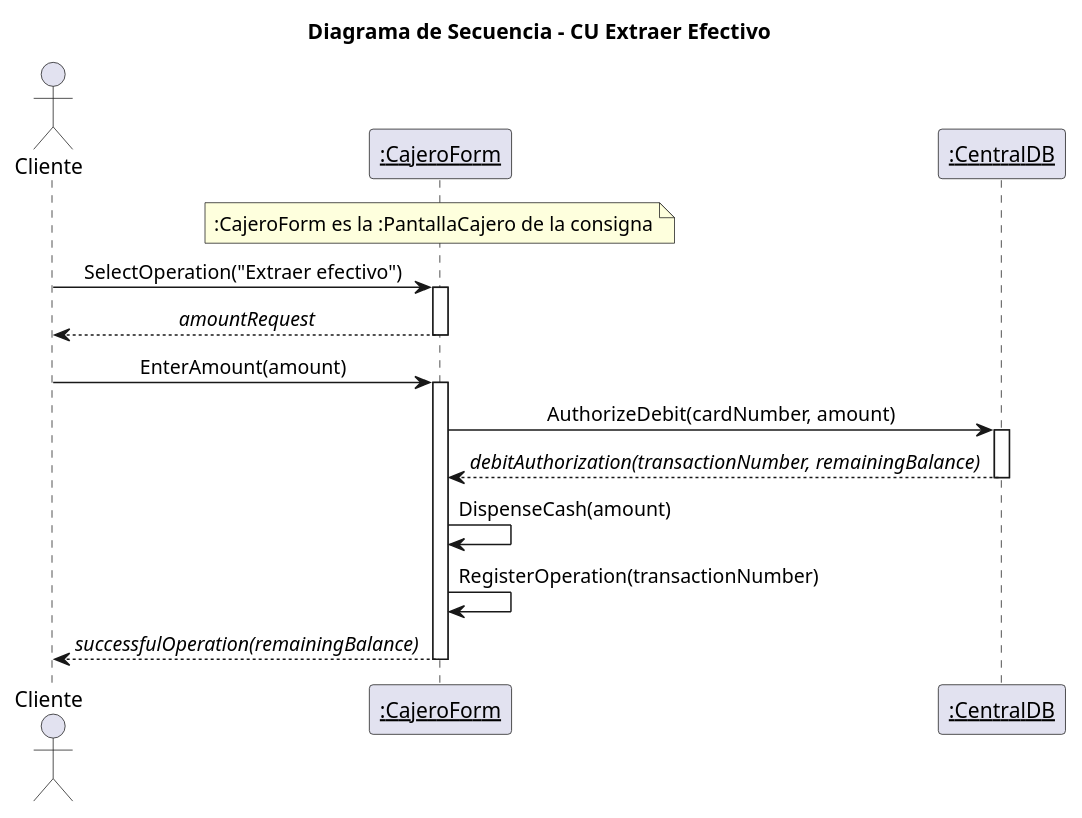
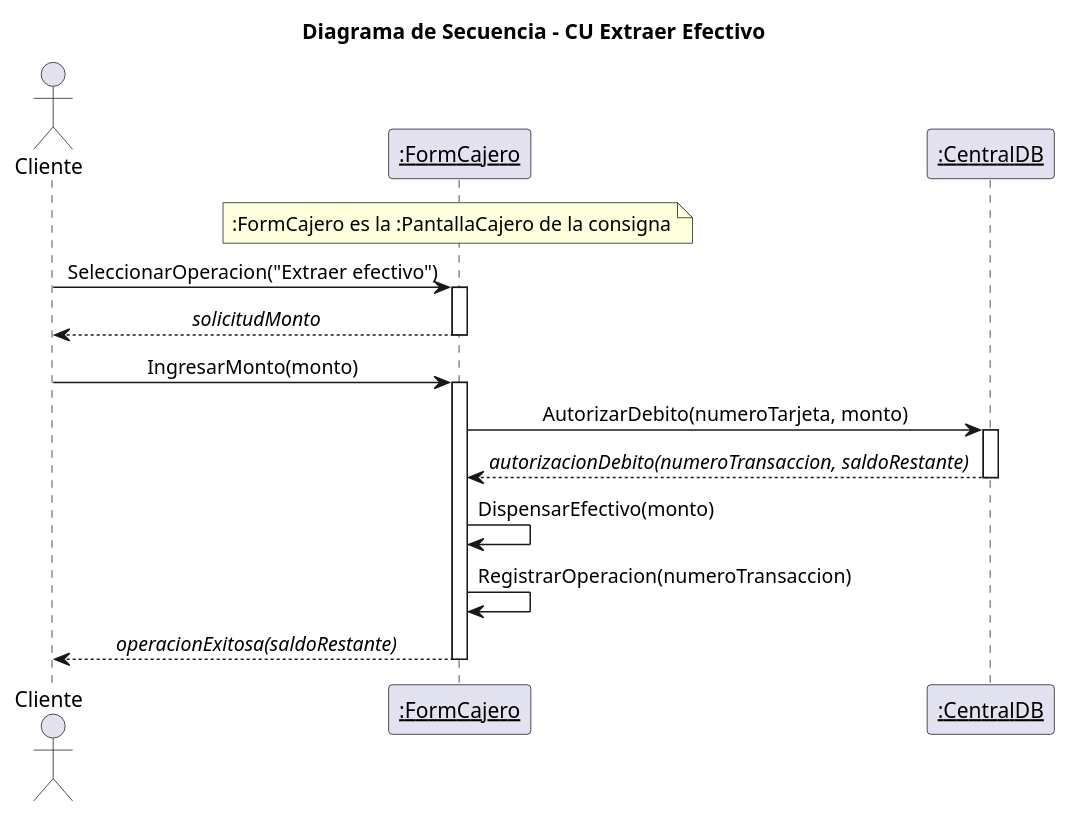
The diagram in diseno-e-implementacion-de-sistemas/trabajo-integrador/diagrams/06_secuencia_extraccion.puml (4l3j0Ok/institute-third-year), drawn with PlantUML before and after one commit. The commit also changed 55 other files, not shown here.

Commit message:
Add FormCajero class for ATM interface and update Program entry point

```diff
--- a/diseno-e-implementacion-de-sistemas/trabajo-integrador/diagrams/06_secuencia_extraccion.puml
+++ b/diseno-e-implementacion-de-sistemas/trabajo-integrador/diagrams/06_secuencia_extraccion.puml
@@ -1,27 +1,27 @@
 @startuml 06_secuencia_extraccion
 title Diagrama de Secuencia - CU Extraer Efectivo
 skinparam shadowing false
 skinparam sequenceMessageAlign center
 
 actor Cliente
-participant "<u>:CajeroForm</u>" as PC
+participant "<u>:FormCajero</u>" as PC
 participant "<u>:CentralDB</u>" as CDB
 
-note over PC : :CajeroForm es la :PantallaCajero de la consigna
+note over PC : :FormCajero es la :PantallaCajero de la consigna
 
-Cliente -> PC : SelectOperation("Extraer efectivo")
+Cliente -> PC : SeleccionarOperacion("Extraer efectivo")
 activate PC
-PC --> Cliente : //amountRequest//
+PC --> Cliente : //solicitudMonto//
 deactivate PC
 
-Cliente -> PC : EnterAmount(amount)
+Cliente -> PC : IngresarMonto(monto)
 activate PC
-PC -> CDB : AuthorizeDebit(cardNumber, amount)
+PC -> CDB : AutorizarDebito(numeroTarjeta, monto)
 activate CDB
-CDB --> PC : //debitAuthorization(transactionNumber, remainingBalance)//
+CDB --> PC : //autorizacionDebito(numeroTransaccion, saldoRestante)//
 deactivate CDB
-PC -> PC : DispenseCash(amount)
-PC -> PC : RegisterOperation(transactionNumber)
-PC --> Cliente : //successfulOperation(remainingBalance)//
+PC -> PC : DispensarEfectivo(monto)
+PC -> PC : RegistrarOperacion(numeroTransaccion)
+PC --> Cliente : //operacionExitosa(saldoRestante)//
 deactivate PC
 @enduml
```
